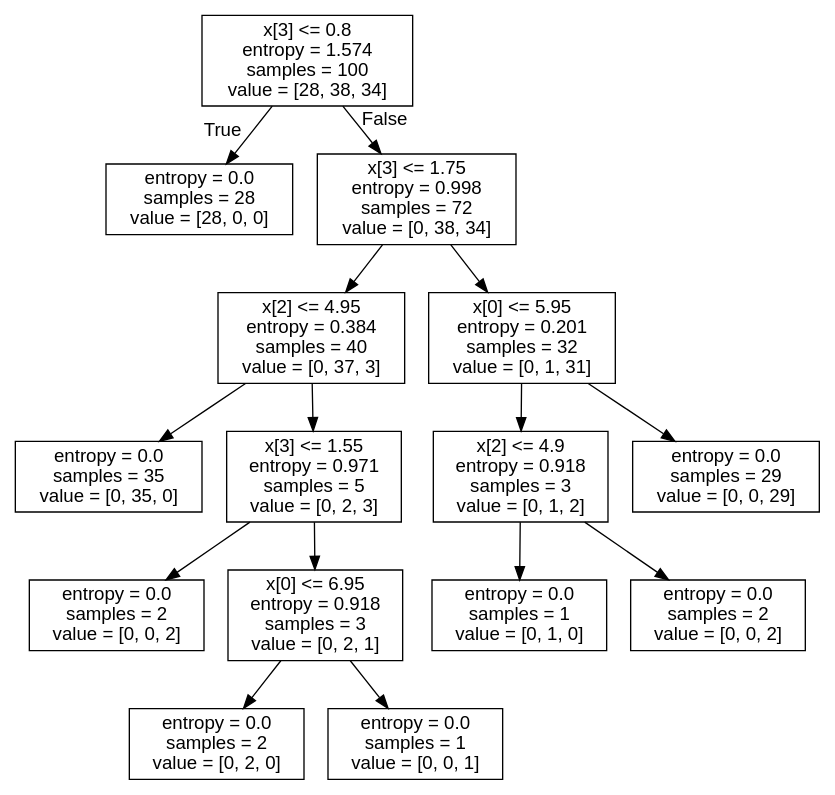
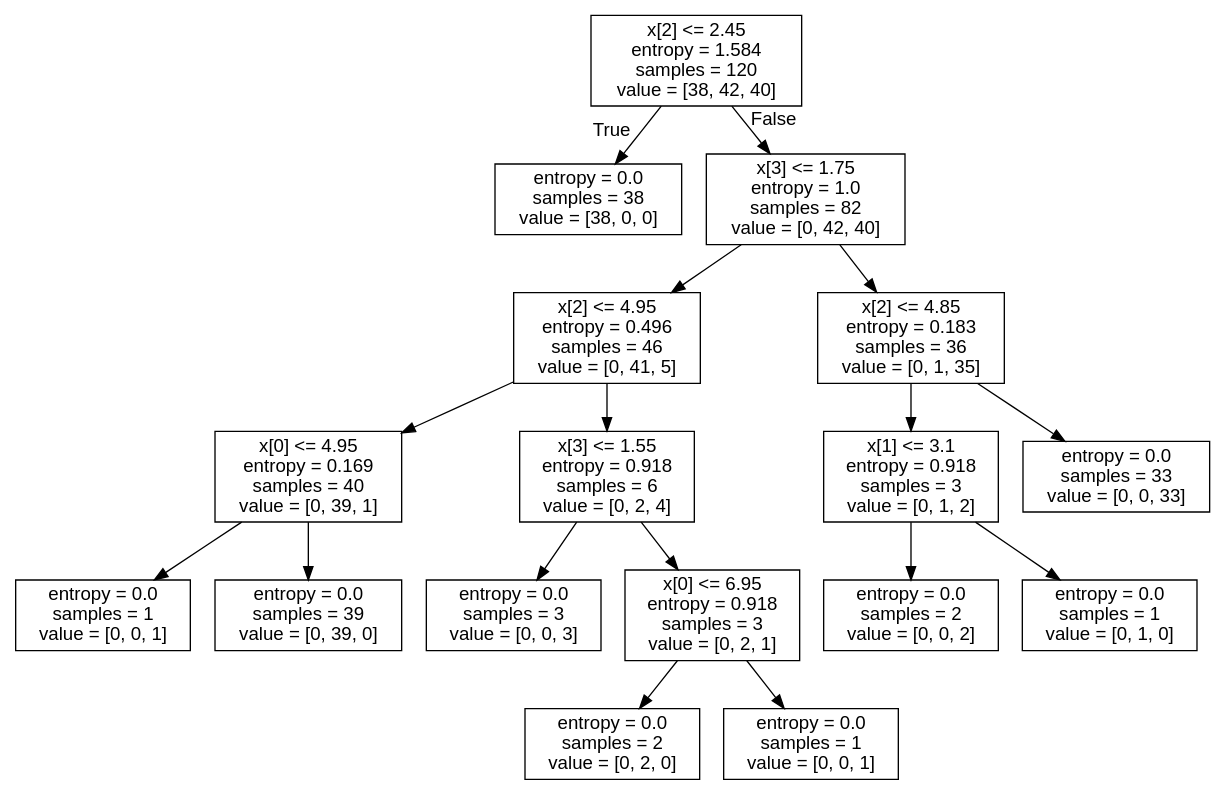
Before and after one commit to anjaneyak10/DecisionTree: the diagram in irisEntropy.dot, drawn with Graphviz. The commit also changed 5 other files, not shown here.

```diff
--- a/irisEntropy.dot
+++ b/irisEntropy.dot
@@ -1,33 +1,37 @@
 digraph Tree {
 node [shape=box, fontname="helvetica"] ;
 edge [fontname="helvetica"] ;
-0 [label="x[3] <= 0.8\nentropy = 1.574\nsamples = 100\nvalue = [28, 38, 34]"] ;
-1 [label="entropy = 0.0\nsamples = 28\nvalue = [28, 0, 0]"] ;
+0 [label="x[2] <= 2.45\nentropy = 1.584\nsamples = 120\nvalue = [38, 42, 40]"] ;
+1 [label="entropy = 0.0\nsamples = 38\nvalue = [38, 0, 0]"] ;
 0 -> 1 [labeldistance=2.5, labelangle=45, headlabel="True"] ;
-2 [label="x[3] <= 1.75\nentropy = 0.998\nsamples = 72\nvalue = [0, 38, 34]"] ;
+2 [label="x[3] <= 1.75\nentropy = 1.0\nsamples = 82\nvalue = [0, 42, 40]"] ;
 0 -> 2 [labeldistance=2.5, labelangle=-45, headlabel="False"] ;
-3 [label="x[2] <= 4.95\nentropy = 0.384\nsamples = 40\nvalue = [0, 37, 3]"] ;
+3 [label="x[2] <= 4.95\nentropy = 0.496\nsamples = 46\nvalue = [0, 41, 5]"] ;
 2 -> 3 ;
-4 [label="entropy = 0.0\nsamples = 35\nvalue = [0, 35, 0]"] ;
+4 [label="x[0] <= 4.95\nentropy = 0.169\nsamples = 40\nvalue = [0, 39, 1]"] ;
 3 -> 4 ;
-5 [label="x[3] <= 1.55\nentropy = 0.971\nsamples = 5\nvalue = [0, 2, 3]"] ;
-3 -> 5 ;
-6 [label="entropy = 0.0\nsamples = 2\nvalue = [0, 0, 2]"] ;
-5 -> 6 ;
-7 [label="x[0] <= 6.95\nentropy = 0.918\nsamples = 3\nvalue = [0, 2, 1]"] ;
-5 -> 7 ;
-8 [label="entropy = 0.0\nsamples = 2\nvalue = [0, 2, 0]"] ;
+5 [label="entropy = 0.0\nsamples = 1\nvalue = [0, 0, 1]"] ;
+4 -> 5 ;
+6 [label="entropy = 0.0\nsamples = 39\nvalue = [0, 39, 0]"] ;
+4 -> 6 ;
+7 [label="x[3] <= 1.55\nentropy = 0.918\nsamples = 6\nvalue = [0, 2, 4]"] ;
+3 -> 7 ;
+8 [label="entropy = 0.0\nsamples = 3\nvalue = [0, 0, 3]"] ;
 7 -> 8 ;
-9 [label="entropy = 0.0\nsamples = 1\nvalue = [0, 0, 1]"] ;
+9 [label="x[0] <= 6.95\nentropy = 0.918\nsamples = 3\nvalue = [0, 2, 1]"] ;
 7 -> 9 ;
-10 [label="x[0] <= 5.95\nentropy = 0.201\nsamples = 32\nvalue = [0, 1, 31]"] ;
-2 -> 10 ;
-11 [label="x[2] <= 4.9\nentropy = 0.918\nsamples = 3\nvalue = [0, 1, 2]"] ;
-10 -> 11 ;
-12 [label="entropy = 0.0\nsamples = 1\nvalue = [0, 1, 0]"] ;
-11 -> 12 ;
-13 [label="entropy = 0.0\nsamples = 2\nvalue = [0, 0, 2]"] ;
-11 -> 13 ;
-14 [label="entropy = 0.0\nsamples = 29\nvalue = [0, 0, 29]"] ;
-10 -> 14 ;
+10 [label="entropy = 0.0\nsamples = 2\nvalue = [0, 2, 0]"] ;
+9 -> 10 ;
+11 [label="entropy = 0.0\nsamples = 1\nvalue = [0, 0, 1]"] ;
+9 -> 11 ;
+12 [label="x[2] <= 4.85\nentropy = 0.183\nsamples = 36\nvalue = [0, 1, 35]"] ;
+2 -> 12 ;
+13 [label="x[1] <= 3.1\nentropy = 0.918\nsamples = 3\nvalue = [0, 1, 2]"] ;
+12 -> 13 ;
+14 [label="entropy = 0.0\nsamples = 2\nvalue = [0, 0, 2]"] ;
+13 -> 14 ;
+15 [label="entropy = 0.0\nsamples = 1\nvalue = [0, 1, 0]"] ;
+13 -> 15 ;
+16 [label="entropy = 0.0\nsamples = 33\nvalue = [0, 0, 33]"] ;
+12 -> 16 ;
 }
```
